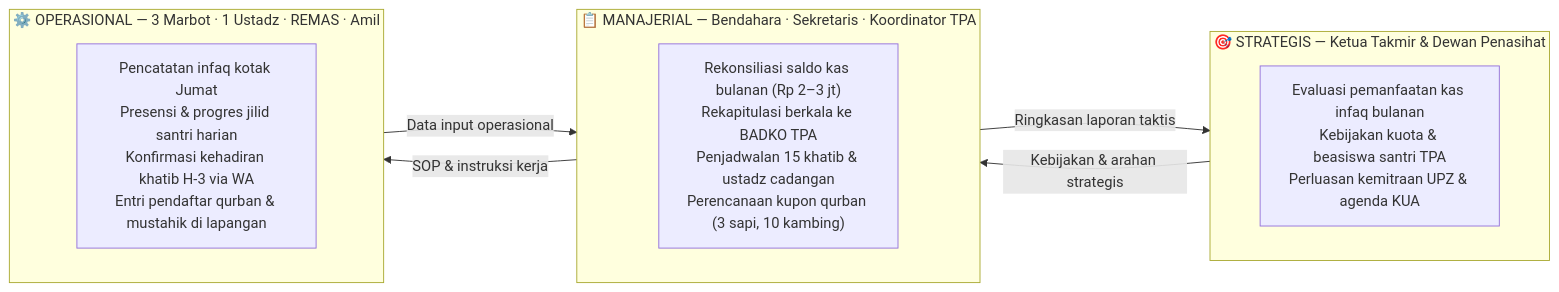
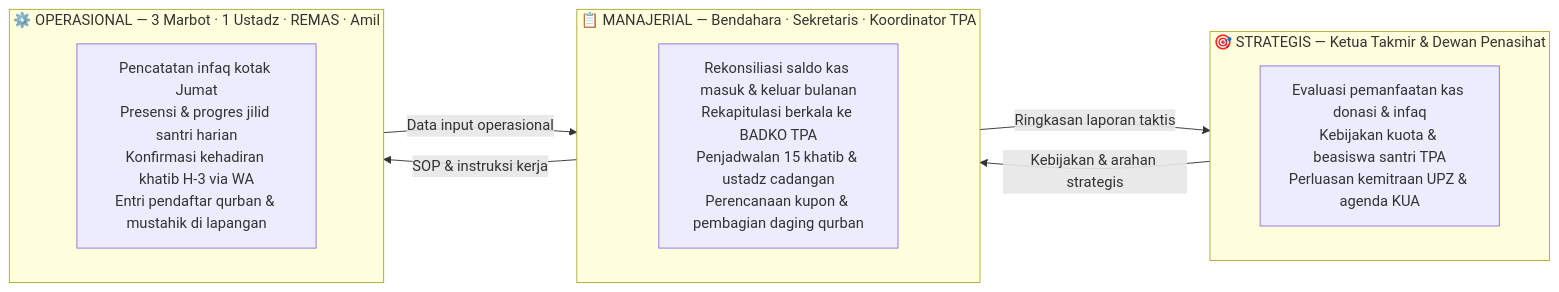
The second of 2 diagrams in Laporan Modul 1 - Kelompok 1 F1.md (anothersunrisee/project-MSI), drawn with Mermaid before and after one commit. The commit also changed other lines of this file and 1 other file, not shown here.

Commit message:
fix(modul-1-2): harmonize diagrams and internal REMAS governance findings across Modul 1 and 2

````diff
--- a/Laporan Modul 1 - Kelompok 1 F1.md
+++ b/Laporan Modul 1 - Kelompok 1 F1.md
@@ -83,17 +83,17 @@
 ```mermaid
 flowchart LR
     subgraph S["🎯 STRATEGIS — Ketua Takmir & Dewan Penasihat"]
-        S1["Evaluasi pemanfaatan kas infaq bulanan\nKebijakan kuota & beasiswa santri TPA\nPerluasan kemitraan UPZ & agenda KUA"]
+        S1["Evaluasi pemanfaatan kas donasi & infaq\nKebijakan kuota & beasiswa santri TPA\nPerluasan kemitraan UPZ & agenda KUA"]
     end
     subgraph M["📋 MANAJERIAL — Bendahara · Sekretaris · Koordinator TPA"]
-        M1["Rekonsiliasi saldo kas bulanan (Rp 2–3 jt)\nRekapitulasi berkala ke BADKO TPA\nPenjadwalan 15 khatib & ustadz cadangan\nPerencanaan kupon qurban (3 sapi, 10 kambing)"]
+        M1["Rekonsiliasi saldo kas masuk & keluar bulanan\nRekapitulasi berkala ke BADKO TPA\nPenjadwalan 15 khatib & ustadz cadangan\nPerencanaan kupon & pembagian daging qurban"]
     end
     subgraph O["⚙️ OPERASIONAL — 3 Marbot · 1 Ustadz · REMAS · Amil"]
         O1["Pencatatan infaq kotak Jumat\nPresensi & progres jilid santri harian\nKonfirmasi kehadiran khatib H-3 via WA\nEntri pendaftar qurban & mustahik di lapangan"]
     end
 
     O -- "Data input operasional" --> M
     M -- "Ringkasan laporan taktis" --> S
     S -- "Kebijakan & arahan strategis" --> M
     M -- "SOP & instruksi kerja" --> O
 ```
````
